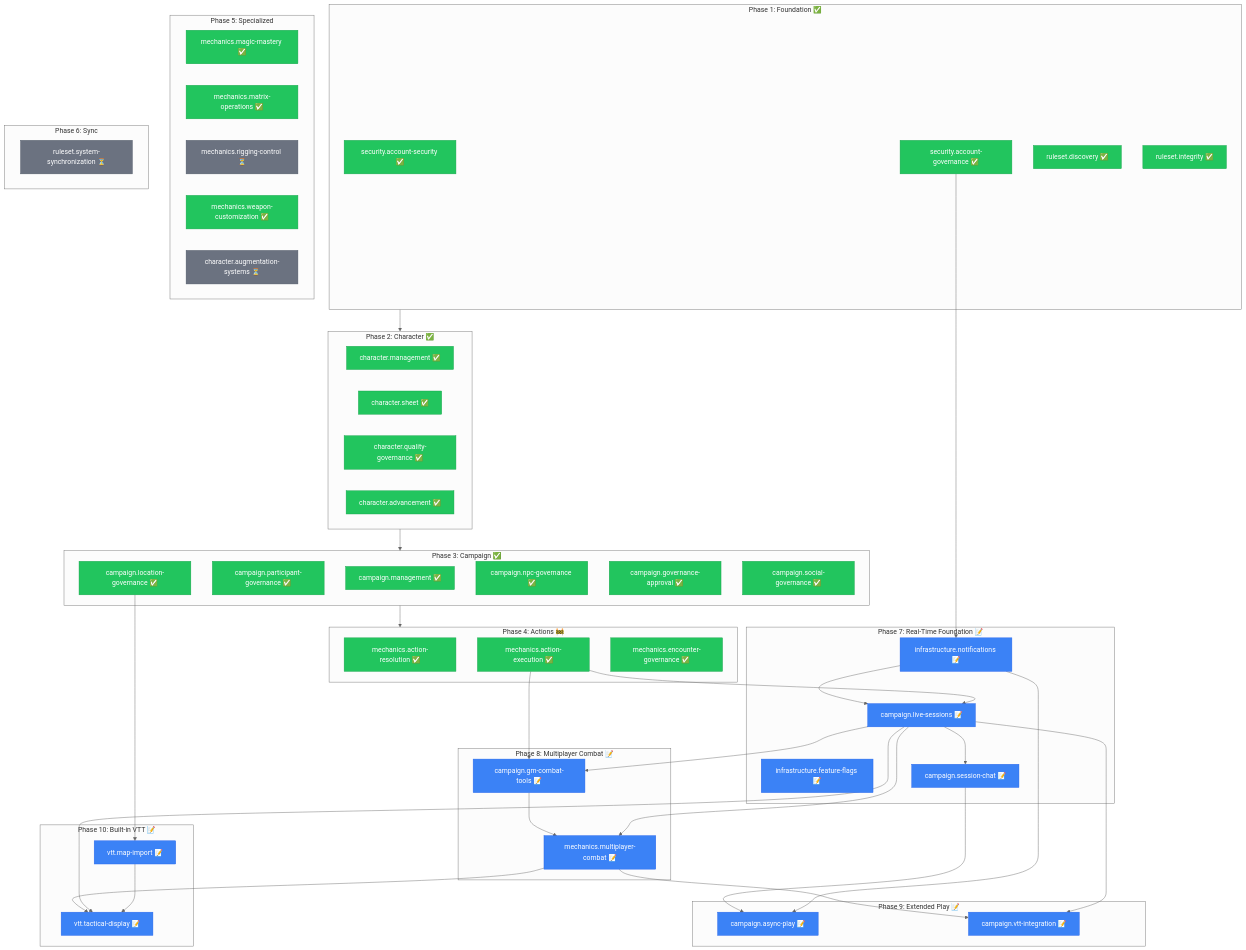
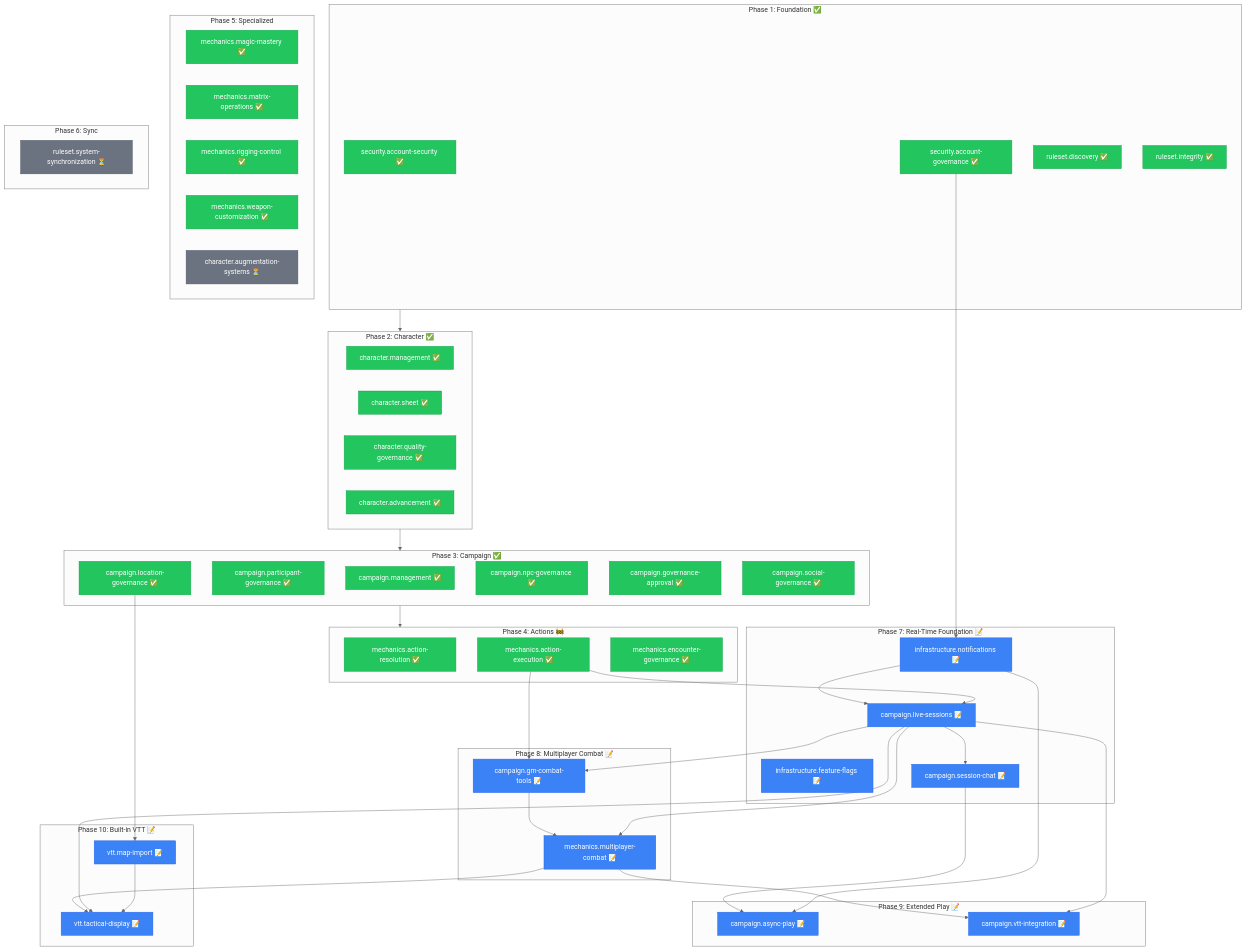
The diagram in docs/capabilities/README.md (Jasrags/ShadowMaster), drawn with Mermaid (neutral theme) before and after one commit. The commit also changed other lines of this file, not shown here.

````diff
--- a/docs/capabilities/README.md
+++ b/docs/capabilities/README.md
@@ -422,7 +422,7 @@
     subgraph Phase5["Phase 5: Specialized"]
         mech_magic["mechanics.magic-mastery ✅"]
         mech_matrix["mechanics.matrix-operations ✅"]
-        mech_rigging["mechanics.rigging-control ⏳"]
+        mech_rigging["mechanics.rigging-control ✅"]
         mech_weapon["mechanics.weapon-customization ✅"]
         char_augment["character.augmentation-systems ⏳"]
     end
@@ -492,7 +492,7 @@
     classDef pending fill:#6b7280,stroke:#4b5563,color:#fff
     classDef draft fill:#3b82f6,stroke:#2563eb,color:#fff
 
-    class sec_security,sec_governance,rule_discovery,rule_integrity,char_mgmt,char_sheet,char_quality,char_advance,camp_mgmt,camp_participant,camp_location,camp_npc,camp_approval,camp_social,mech_resolution,mech_encounter,mech_weapon,mech_execution,mech_magic,mech_matrix complete
-    class mech_rigging,char_augment,rule_sync pending
+    class sec_security,sec_governance,rule_discovery,rule_integrity,char_mgmt,char_sheet,char_quality,char_advance,camp_mgmt,camp_participant,camp_location,camp_npc,camp_approval,camp_social,mech_resolution,mech_encounter,mech_weapon,mech_execution,mech_magic,mech_matrix,mech_rigging complete
+    class char_augment,rule_sync pending
     class camp_live,camp_chat,camp_gm,mech_multi,camp_async,camp_vtt,vtt_import,vtt_display,infra_notify,infra_flags draft
 ```
````
